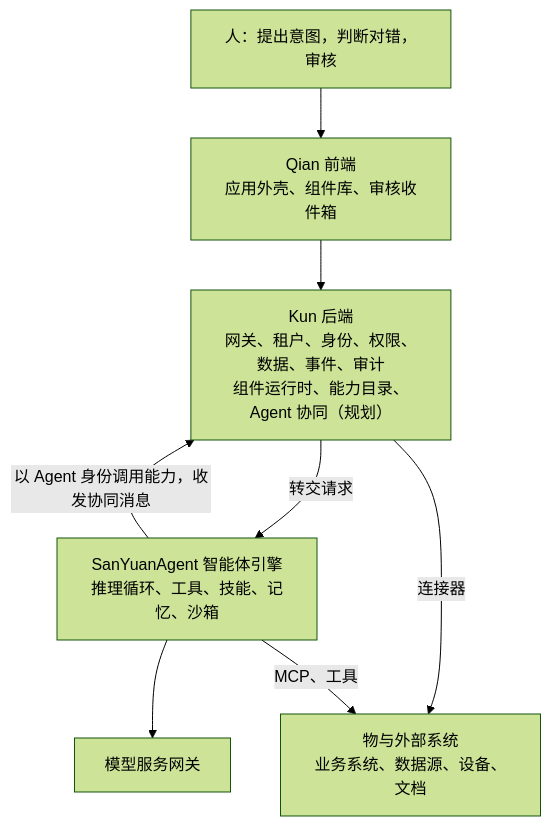
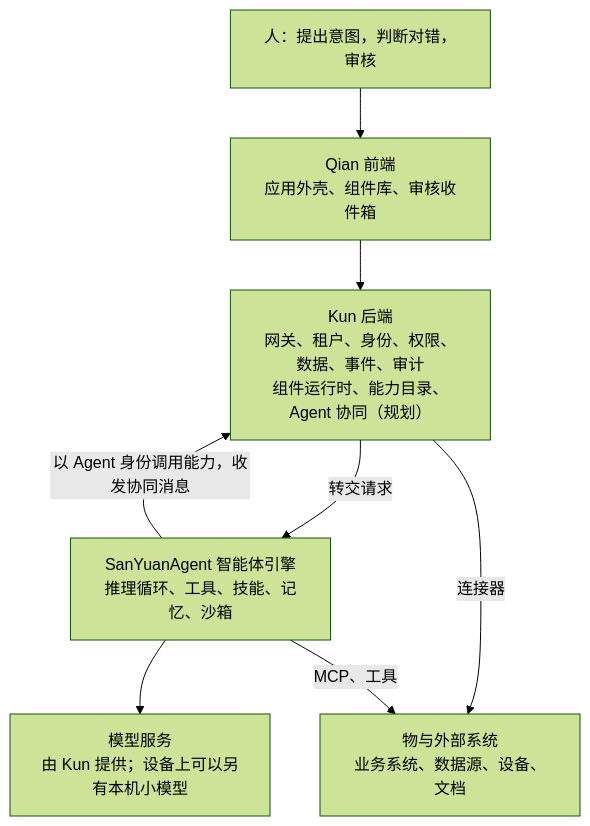
Before and after one commit to CavaiLAB/jiangxin: the diagram in README.md, drawn with Mermaid (forest theme). The commit also changed other lines of this file and 12 other files, not shown here.

````diff
--- a/README.md
+++ b/README.md
@@ -51,17 +51,17 @@
 ```mermaid
 flowchart TB
   P["人：提出意图，判断对错，审核"]
   Q["Qian 前端<br/>应用外壳、组件库、审核收件箱"]
   K["Kun 后端<br/>网关、租户、身份、权限、数据、事件、审计<br/>组件运行时、能力目录、Agent 协同（规划）"]
   S["SanYuanAgent 智能体引擎<br/>推理循环、工具、技能、记忆、沙箱"]
-  M["模型服务网关"]
+  M["模型服务<br/>由 Kun 提供；设备上可以另有本机小模型"]
   E["物与外部系统<br/>业务系统、数据源、设备、文档"]
 
   P --> Q
   Q --> K
   K -->|"转交请求"| S
   S -->|"以 Agent 身份调用能力，收发协同消息"| K
   S --> M
   K -->|"连接器"| E
   S -->|"MCP、工具"| E
 ```
````
